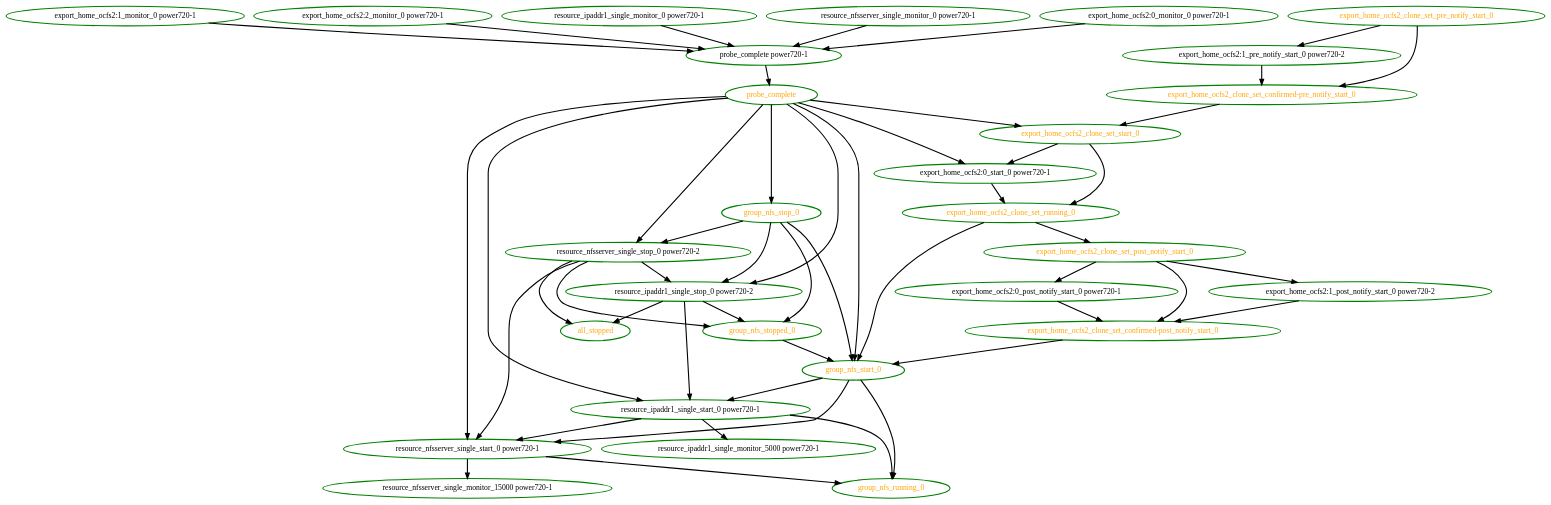
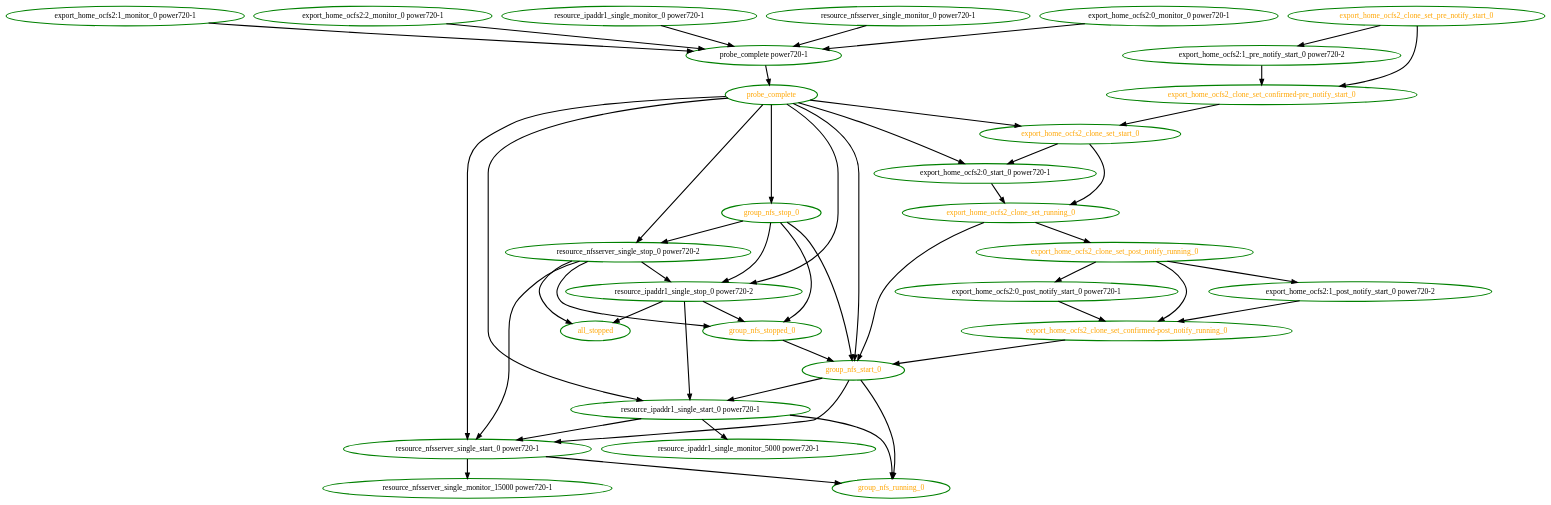
Before and after one commit to linux-ha-japan/pm_diskd: the diagram in pengine/test10/bug-n-387749.dot, drawn with Graphviz. The commit also changed 68 other files, not shown here.

```diff
--- a/pengine/test10/bug-n-387749.dot
+++ b/pengine/test10/bug-n-387749.dot
@@ -1,79 +1,79 @@
 digraph "g" {
 "all_stopped" [ style=bold color="green" fontcolor="orange"  ]
 "export_home_ocfs2:0_monitor_0 power720-1" -> "probe_complete power720-1" [ style = bold]
 "export_home_ocfs2:0_monitor_0 power720-1" [ style=bold color="green" fontcolor="black"  ]
-"export_home_ocfs2:0_post_notify_start_0 power720-1" -> "export_home_ocfs2_clone_set_confirmed-post_notify_start_0" [ style = bold]
+"export_home_ocfs2:0_post_notify_start_0 power720-1" -> "export_home_ocfs2_clone_set_confirmed-post_notify_running_0" [ style = bold]
 "export_home_ocfs2:0_post_notify_start_0 power720-1" [ style=bold color="green" fontcolor="black"  ]
 "export_home_ocfs2:0_start_0 power720-1" -> "export_home_ocfs2_clone_set_running_0" [ style = bold]
 "export_home_ocfs2:0_start_0 power720-1" [ style=bold color="green" fontcolor="black"  ]
 "export_home_ocfs2:1_monitor_0 power720-1" -> "probe_complete power720-1" [ style = bold]
 "export_home_ocfs2:1_monitor_0 power720-1" [ style=bold color="green" fontcolor="black"  ]
-"export_home_ocfs2:1_post_notify_start_0 power720-2" -> "export_home_ocfs2_clone_set_confirmed-post_notify_start_0" [ style = bold]
+"export_home_ocfs2:1_post_notify_start_0 power720-2" -> "export_home_ocfs2_clone_set_confirmed-post_notify_running_0" [ style = bold]
 "export_home_ocfs2:1_post_notify_start_0 power720-2" [ style=bold color="green" fontcolor="black"  ]
 "export_home_ocfs2:1_pre_notify_start_0 power720-2" -> "export_home_ocfs2_clone_set_confirmed-pre_notify_start_0" [ style = bold]
 "export_home_ocfs2:1_pre_notify_start_0 power720-2" [ style=bold color="green" fontcolor="black"  ]
 "export_home_ocfs2:2_monitor_0 power720-1" -> "probe_complete power720-1" [ style = bold]
 "export_home_ocfs2:2_monitor_0 power720-1" [ style=bold color="green" fontcolor="black"  ]
-"export_home_ocfs2_clone_set_confirmed-post_notify_start_0" -> "group_nfs_start_0" [ style = bold]
-"export_home_ocfs2_clone_set_confirmed-post_notify_start_0" [ style=bold color="green" fontcolor="orange"  ]
+"export_home_ocfs2_clone_set_confirmed-post_notify_running_0" -> "group_nfs_start_0" [ style = bold]
+"export_home_ocfs2_clone_set_confirmed-post_notify_running_0" [ style=bold color="green" fontcolor="orange"  ]
 "export_home_ocfs2_clone_set_confirmed-pre_notify_start_0" -> "export_home_ocfs2_clone_set_start_0" [ style = bold]
 "export_home_ocfs2_clone_set_confirmed-pre_notify_start_0" [ style=bold color="green" fontcolor="orange"  ]
-"export_home_ocfs2_clone_set_post_notify_start_0" -> "export_home_ocfs2:0_post_notify_start_0 power720-1" [ style = bold]
-"export_home_ocfs2_clone_set_post_notify_start_0" -> "export_home_ocfs2:1_post_notify_start_0 power720-2" [ style = bold]
-"export_home_ocfs2_clone_set_post_notify_start_0" -> "export_home_ocfs2_clone_set_confirmed-post_notify_start_0" [ style = bold]
-"export_home_ocfs2_clone_set_post_notify_start_0" [ style=bold color="green" fontcolor="orange"  ]
+"export_home_ocfs2_clone_set_post_notify_running_0" -> "export_home_ocfs2:0_post_notify_start_0 power720-1" [ style = bold]
+"export_home_ocfs2_clone_set_post_notify_running_0" -> "export_home_ocfs2:1_post_notify_start_0 power720-2" [ style = bold]
+"export_home_ocfs2_clone_set_post_notify_running_0" -> "export_home_ocfs2_clone_set_confirmed-post_notify_running_0" [ style = bold]
+"export_home_ocfs2_clone_set_post_notify_running_0" [ style=bold color="green" fontcolor="orange"  ]
 "export_home_ocfs2_clone_set_pre_notify_start_0" -> "export_home_ocfs2:1_pre_notify_start_0 power720-2" [ style = bold]
 "export_home_ocfs2_clone_set_pre_notify_start_0" -> "export_home_ocfs2_clone_set_confirmed-pre_notify_start_0" [ style = bold]
 "export_home_ocfs2_clone_set_pre_notify_start_0" [ style=bold color="green" fontcolor="orange"  ]
-"export_home_ocfs2_clone_set_running_0" -> "export_home_ocfs2_clone_set_post_notify_start_0" [ style = bold]
+"export_home_ocfs2_clone_set_running_0" -> "export_home_ocfs2_clone_set_post_notify_running_0" [ style = bold]
 "export_home_ocfs2_clone_set_running_0" -> "group_nfs_start_0" [ style = bold]
 "export_home_ocfs2_clone_set_running_0" [ style=bold color="green" fontcolor="orange"  ]
 "export_home_ocfs2_clone_set_start_0" -> "export_home_ocfs2:0_start_0 power720-1" [ style = bold]
 "export_home_ocfs2_clone_set_start_0" -> "export_home_ocfs2_clone_set_running_0" [ style = bold]
 "export_home_ocfs2_clone_set_start_0" [ style=bold color="green" fontcolor="orange"  ]
 "group_nfs_running_0" [ style=bold color="green" fontcolor="orange"  ]
 "group_nfs_start_0" -> "group_nfs_running_0" [ style = bold]
 "group_nfs_start_0" -> "resource_ipaddr1_single_start_0 power720-1" [ style = bold]
 "group_nfs_start_0" -> "resource_nfsserver_single_start_0 power720-1" [ style = bold]
 "group_nfs_start_0" [ style=bold color="green" fontcolor="orange"  ]
 "group_nfs_stop_0" -> "group_nfs_start_0" [ style = bold]
 "group_nfs_stop_0" -> "group_nfs_stopped_0" [ style = bold]
 "group_nfs_stop_0" -> "resource_ipaddr1_single_stop_0 power720-2" [ style = bold]
 "group_nfs_stop_0" -> "resource_nfsserver_single_stop_0 power720-2" [ style = bold]
 "group_nfs_stop_0" [ style=bold color="green" fontcolor="orange"  ]
 "group_nfs_stopped_0" -> "group_nfs_start_0" [ style = bold]
 "group_nfs_stopped_0" [ style=bold color="green" fontcolor="orange"  ]
 "probe_complete power720-1" -> "probe_complete" [ style = bold]
 "probe_complete power720-1" [ style=bold color="green" fontcolor="black"  ]
 "probe_complete" -> "export_home_ocfs2:0_start_0 power720-1" [ style = bold]
 "probe_complete" -> "export_home_ocfs2_clone_set_start_0" [ style = bold]
 "probe_complete" -> "group_nfs_start_0" [ style = bold]
 "probe_complete" -> "group_nfs_stop_0" [ style = bold]
 "probe_complete" -> "resource_ipaddr1_single_start_0 power720-1" [ style = bold]
 "probe_complete" -> "resource_ipaddr1_single_stop_0 power720-2" [ style = bold]
 "probe_complete" -> "resource_nfsserver_single_start_0 power720-1" [ style = bold]
 "probe_complete" -> "resource_nfsserver_single_stop_0 power720-2" [ style = bold]
 "probe_complete" [ style=bold color="green" fontcolor="orange"  ]
 "resource_ipaddr1_single_monitor_0 power720-1" -> "probe_complete power720-1" [ style = bold]
 "resource_ipaddr1_single_monitor_0 power720-1" [ style=bold color="green" fontcolor="black"  ]
 "resource_ipaddr1_single_monitor_5000 power720-1" [ style=bold color="green" fontcolor="black"  ]
 "resource_ipaddr1_single_start_0 power720-1" -> "group_nfs_running_0" [ style = bold]
 "resource_ipaddr1_single_start_0 power720-1" -> "resource_ipaddr1_single_monitor_5000 power720-1" [ style = bold]
 "resource_ipaddr1_single_start_0 power720-1" -> "resource_nfsserver_single_start_0 power720-1" [ style = bold]
 "resource_ipaddr1_single_start_0 power720-1" [ style=bold color="green" fontcolor="black"  ]
 "resource_ipaddr1_single_stop_0 power720-2" -> "all_stopped" [ style = bold]
 "resource_ipaddr1_single_stop_0 power720-2" -> "group_nfs_stopped_0" [ style = bold]
 "resource_ipaddr1_single_stop_0 power720-2" -> "resource_ipaddr1_single_start_0 power720-1" [ style = bold]
 "resource_ipaddr1_single_stop_0 power720-2" [ style=bold color="green" fontcolor="black"  ]
 "resource_nfsserver_single_monitor_0 power720-1" -> "probe_complete power720-1" [ style = bold]
 "resource_nfsserver_single_monitor_0 power720-1" [ style=bold color="green" fontcolor="black"  ]
 "resource_nfsserver_single_monitor_15000 power720-1" [ style=bold color="green" fontcolor="black"  ]
 "resource_nfsserver_single_start_0 power720-1" -> "group_nfs_running_0" [ style = bold]
 "resource_nfsserver_single_start_0 power720-1" -> "resource_nfsserver_single_monitor_15000 power720-1" [ style = bold]
 "resource_nfsserver_single_start_0 power720-1" [ style=bold color="green" fontcolor="black"  ]
 "resource_nfsserver_single_stop_0 power720-2" -> "all_stopped" [ style = bold]
 "resource_nfsserver_single_stop_0 power720-2" -> "group_nfs_stopped_0" [ style = bold]
 "resource_nfsserver_single_stop_0 power720-2" -> "resource_ipaddr1_single_stop_0 power720-2" [ style = bold]
 "resource_nfsserver_single_stop_0 power720-2" -> "resource_nfsserver_single_start_0 power720-1" [ style = bold]
 "resource_nfsserver_single_stop_0 power720-2" [ style=bold color="green" fontcolor="black"  ]
 }
```
